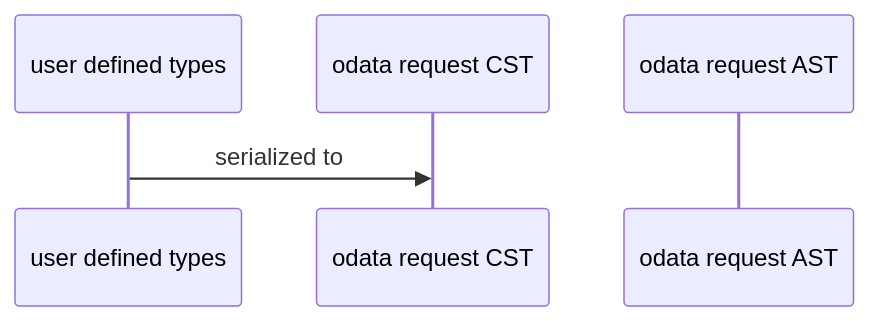
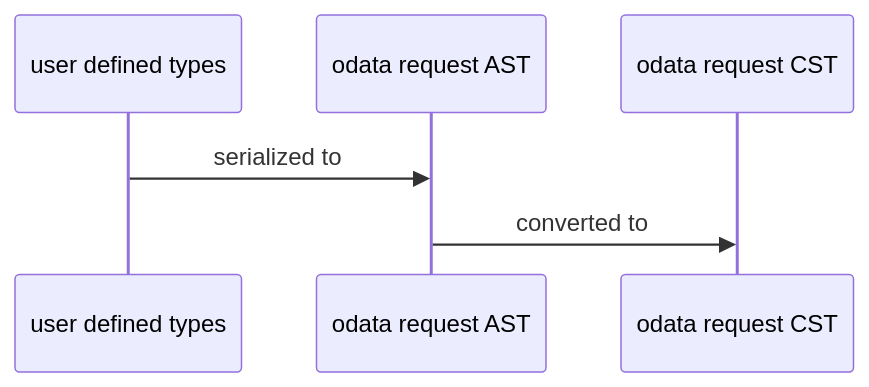
The third of 3 diagrams in docs/architecture.md (OData/odata.net), drawn with Mermaid before and after one commit.

````diff
--- a/docs/architecture.md
+++ b/docs/architecture.md
@@ -281,8 +281,9 @@
 ```mermaid
 sequenceDiagram
     participant user defined types
+    participant odata request AST
     participant odata request CST
-    participant odata request AST
 
-    user defined types->>odata request CST: serialized to
+    user defined types->>odata request AST: serialized to
+    odata request AST->>odata request CST: converted to
 ```
````
